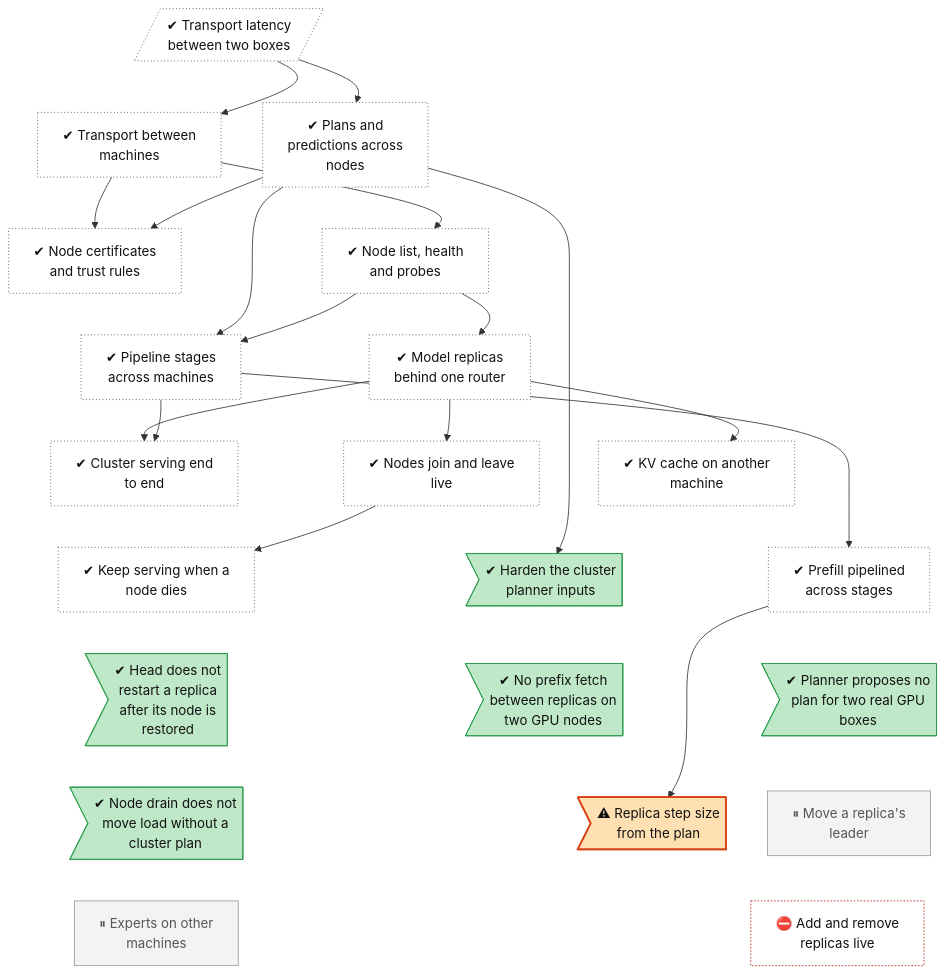
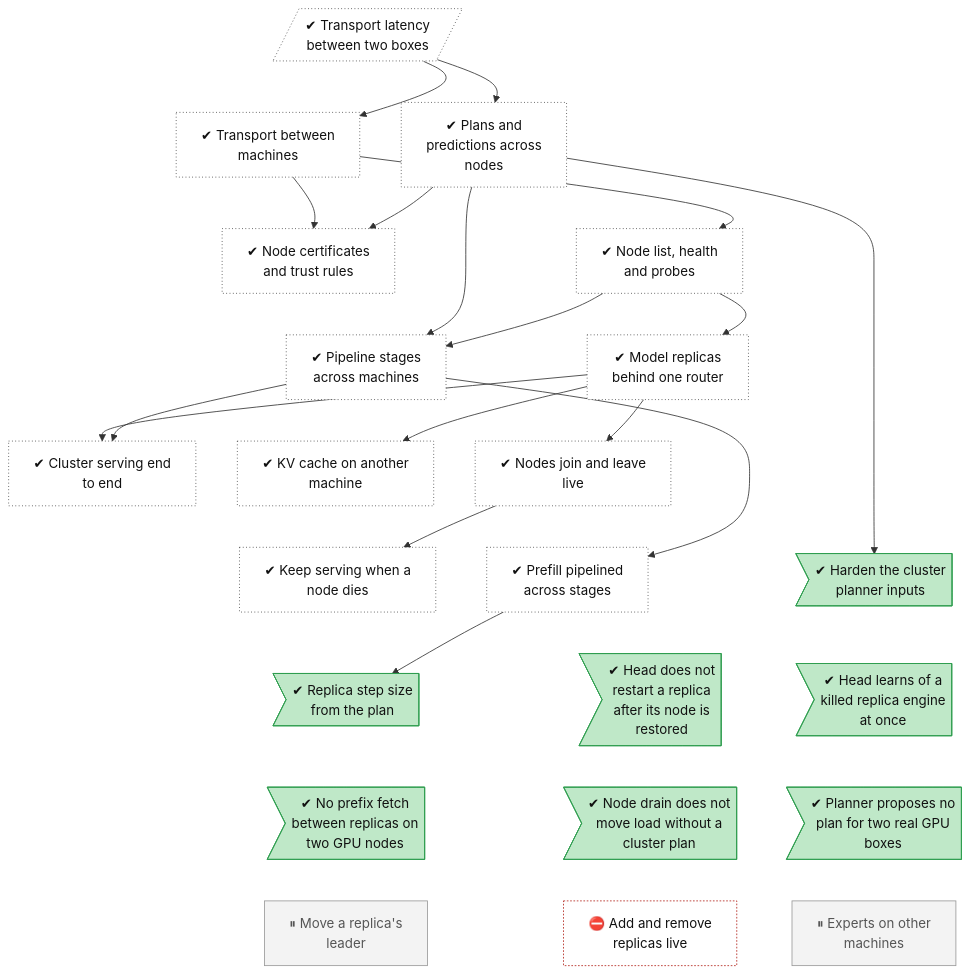
Before and after one commit to lhns/tetraeder: the diagram in docs/roadmap/tracks/cluster.md, drawn with Mermaid. The commit also changed other lines of this file and 22 other files, not shown here.

````diff
--- a/docs/roadmap/tracks/cluster.md
+++ b/docs/roadmap/tracks/cluster.md
@@ -10,80 +10,80 @@
 ```mermaid
 flowchart TB
     cluster_transport_wan[/"✔ Transport latency<br/>between two boxes"/]
     cluster_transport["✔ Transport between<br/>machines"]
     cluster_planner["✔ Plans and<br/>predictions across<br/>nodes"]
     cluster_mtls["✔ Node certificates<br/>and trust rules"]
     cluster_discovery["✔ Node list, health<br/>and probes"]
     cluster_pipeline_nodes["✔ Pipeline stages<br/>across machines"]
     cluster_replicas["✔ Model replicas<br/>behind one router"]
     cluster_integration["✔ Cluster serving end<br/>to end"]
     cluster_join_leave["✔ Nodes join and leave<br/>live"]
     cluster_remote_kv["✔ KV cache on another<br/>machine"]
     cluster_failover["✔ Keep serving when a<br/>node dies"]
     cluster_planner_hardening>"✔ Harden the cluster<br/>planner inputs"]
     cluster_pipeline_prefill["✔ Prefill pipelined<br/>across stages"]
+    cluster_step_tokens_from_plan>"✔ Replica step size<br/>from the plan"]
+    cluster_mode1_detection>"✔ Head learns of a<br/>killed replica engine<br/>at once"]
     cluster_rejoin_after_restore>"✔ Head does not<br/>restart a replica<br/>after its node is<br/>restored"]
     cluster_prefix_fetch_not_triggered>"✔ No prefix fetch<br/>between replicas on<br/>two GPU nodes"]
     cluster_plan_source_gpu_segments>"✔ Planner proposes no<br/>plan for two real GPU<br/>boxes"]
     cluster_drain_without_plan>"✔ Node drain does not<br/>move load without a<br/>cluster plan"]
-    cluster_step_tokens_from_plan>"⚠ Replica step size<br/>from the plan"]
     cluster_leader_move["⏸ Move a replica's<br/>leader"]
     cluster_experts_nodes["⏸ Experts on other<br/>machines"]
     cluster_replica_scaling["⛔ Add and remove<br/>replicas live"]
     cluster_transport_wan ~~~ cluster_transport
     cluster_transport_wan ~~~ cluster_planner
     cluster_transport ~~~ cluster_mtls
     cluster_planner ~~~ cluster_discovery
     cluster_mtls ~~~ cluster_pipeline_nodes
     cluster_discovery ~~~ cluster_replicas
     cluster_pipeline_nodes ~~~ cluster_integration
     cluster_replicas ~~~ cluster_join_leave
     cluster_replicas ~~~ cluster_remote_kv
     cluster_integration ~~~ cluster_failover
     cluster_join_leave ~~~ cluster_planner_hardening
     cluster_remote_kv ~~~ cluster_pipeline_prefill
-    cluster_failover ~~~ cluster_rejoin_after_restore
-    cluster_planner_hardening ~~~ cluster_prefix_fetch_not_triggered
-    cluster_pipeline_prefill ~~~ cluster_plan_source_gpu_segments
+    cluster_failover ~~~ cluster_step_tokens_from_plan
+    cluster_planner_hardening ~~~ cluster_mode1_detection
+    cluster_pipeline_prefill ~~~ cluster_rejoin_after_restore
+    cluster_step_tokens_from_plan ~~~ cluster_prefix_fetch_not_triggered
+    cluster_mode1_detection ~~~ cluster_plan_source_gpu_segments
     cluster_rejoin_after_restore ~~~ cluster_drain_without_plan
-    cluster_prefix_fetch_not_triggered ~~~ cluster_step_tokens_from_plan
-    cluster_plan_source_gpu_segments ~~~ cluster_leader_move
-    cluster_drain_without_plan ~~~ cluster_experts_nodes
-    cluster_step_tokens_from_plan ~~~ cluster_replica_scaling
-    cluster_leader_move ~~~ cluster_replica_scaling
+    cluster_prefix_fetch_not_triggered ~~~ cluster_leader_move
+    cluster_plan_source_gpu_segments ~~~ cluster_experts_nodes
+    cluster_drain_without_plan ~~~ cluster_replica_scaling
     cluster_transport_wan --> cluster_transport
     cluster_transport_wan --> cluster_planner
     cluster_transport --> cluster_mtls
     cluster_planner --> cluster_mtls
     cluster_transport --> cluster_discovery
     cluster_planner --> cluster_pipeline_nodes
     cluster_discovery --> cluster_pipeline_nodes
     cluster_discovery --> cluster_replicas
     cluster_replicas --> cluster_integration
     cluster_pipeline_nodes --> cluster_integration
     cluster_replicas --> cluster_join_leave
     cluster_replicas --> cluster_remote_kv
     cluster_join_leave --> cluster_failover
     cluster_planner --> cluster_planner_hardening
     cluster_pipeline_nodes --> cluster_pipeline_prefill
     cluster_pipeline_prefill --> cluster_step_tokens_from_plan
     classDef vsucc fill:#2e9e4f,stroke:#1b6b34,color:#fff
     classDef succ fill:#bfe8c8,stroke:#2e9e4f,color:#111
     classDef mixed fill:#ffd37a,stroke:#c98a00,color:#111
     classDef bad fill:#f28b82,stroke:#b3261e,color:#111
     classDef dead fill:#e6e6e6,stroke:#777,stroke-dasharray:5 5,color:#555
     classDef inprog fill:#a8cdf5,stroke:#1f6fc5,color:#111
     classDef next fill:#fff,stroke:#333,color:#111
     classDef blocked fill:#fff,stroke:#b3261e,stroke-dasharray:2 2,color:#111
     classDef parked fill:#f3f3f3,stroke:#999,color:#555
     classDef unrated fill:#fff,stroke:#333,stroke-dasharray:1 3,color:#111
     classDef gate fill:#d9c2f0,stroke:#7b3fb5,color:#111
     classDef decided fill:#ece0f7,stroke:#7b3fb5,stroke-dasharray:2 2,color:#111
     classDef finding fill:#ffe0b2,stroke:#d84315,stroke-width:2px,color:#111
     classDef waiting fill:#e3f2fd,stroke:#1f6fc5,stroke-dasharray:5 5,color:#111
     class cluster_transport_wan,cluster_transport,cluster_planner,cluster_mtls,cluster_discovery,cluster_pipeline_nodes,cluster_replicas,cluster_integration,cluster_join_leave,cluster_remote_kv,cluster_failover,cluster_pipeline_prefill unrated
-    class cluster_planner_hardening,cluster_rejoin_after_restore,cluster_prefix_fetch_not_triggered,cluster_plan_source_gpu_segments,cluster_drain_without_plan succ
-    class cluster_step_tokens_from_plan finding
+    class cluster_planner_hardening,cluster_step_tokens_from_plan,cluster_mode1_detection,cluster_rejoin_after_restore,cluster_prefix_fetch_not_triggered,cluster_plan_source_gpu_segments,cluster_drain_without_plan succ
     class cluster_leader_move,cluster_experts_nodes parked
     class cluster_replica_scaling blocked
 ```
````
